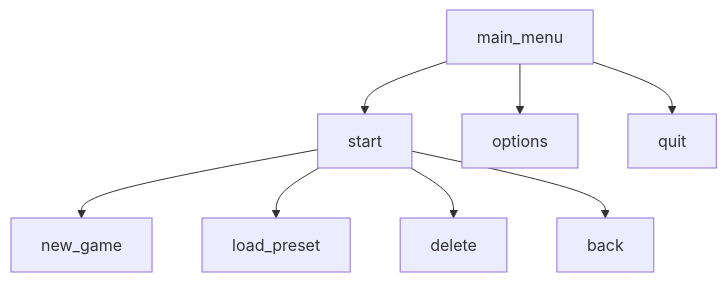
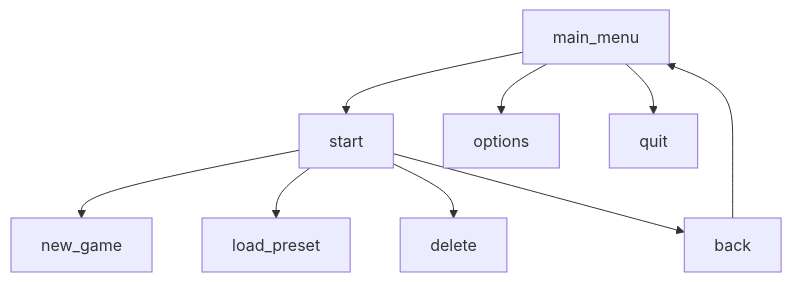
One commit to Hohenzoler/optyka changed the diagram in README.md. Above: the diagram before and after it, drawn with Mermaid.

````diff
--- a/README.md
+++ b/README.md
@@ -63,10 +63,11 @@
 ```mermaid
 graph TD;
     main_menu-->start;
     main_menu-->options;
     main_menu-->quit;
     start-->new_game;
     start-->load_preset;
     start-->delete;
     start-->back;
+    back-->main_menu;
 ```
````
